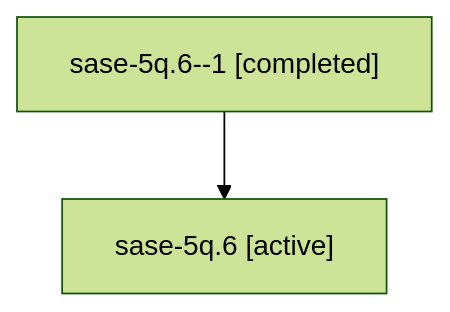
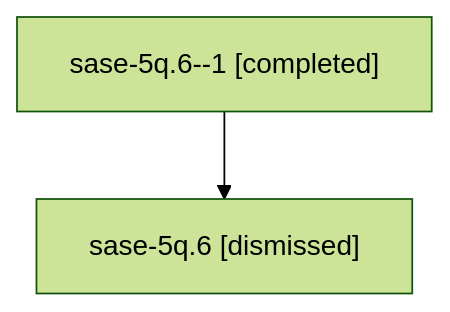
One commit to sase-org/sase--agents changed the diagram in sessions/bbugyi200.athena.sase-5q.6.md. Above: the diagram before and after it, drawn with Mermaid (forest theme). The commit also changed other lines of this file and 61 other files, not shown here.

````diff
--- a/sessions/bbugyi200.athena.sase-5q.6.md
+++ b/sessions/bbugyi200.athena.sase-5q.6.md
@@ -9,6 +9,6 @@
 ```mermaid
 flowchart TD
   n0["sase-5q.6--1 [completed]"]
-  n1["sase-5q.6 [active]"]
+  n1["sase-5q.6 [dismissed]"]
   n0 --> n1
 ```
````
